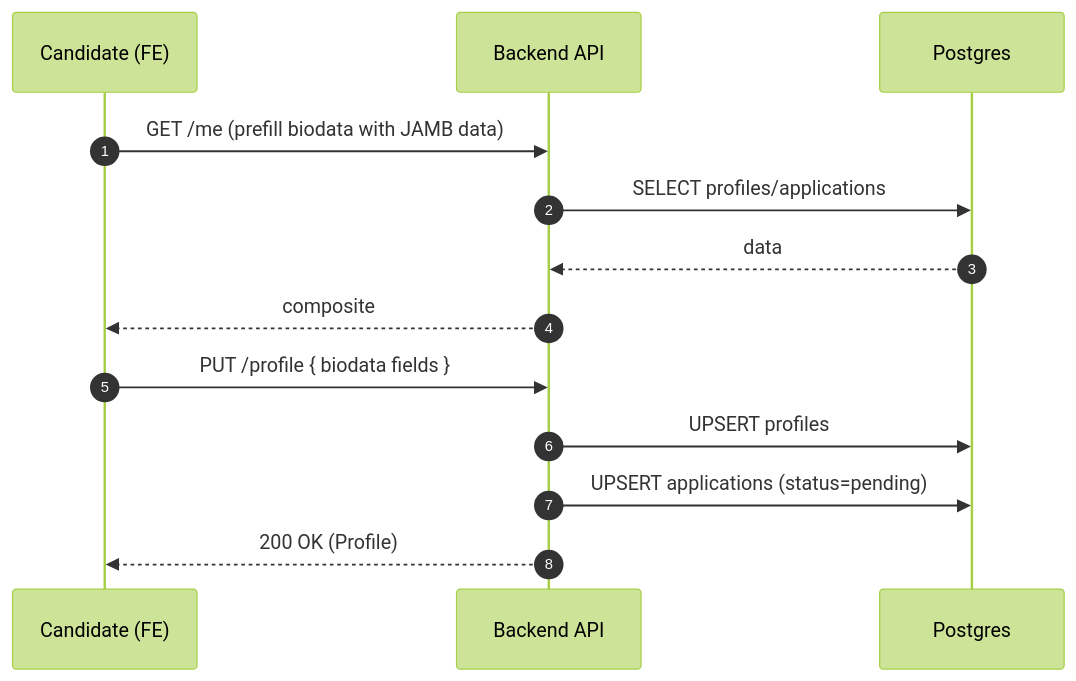
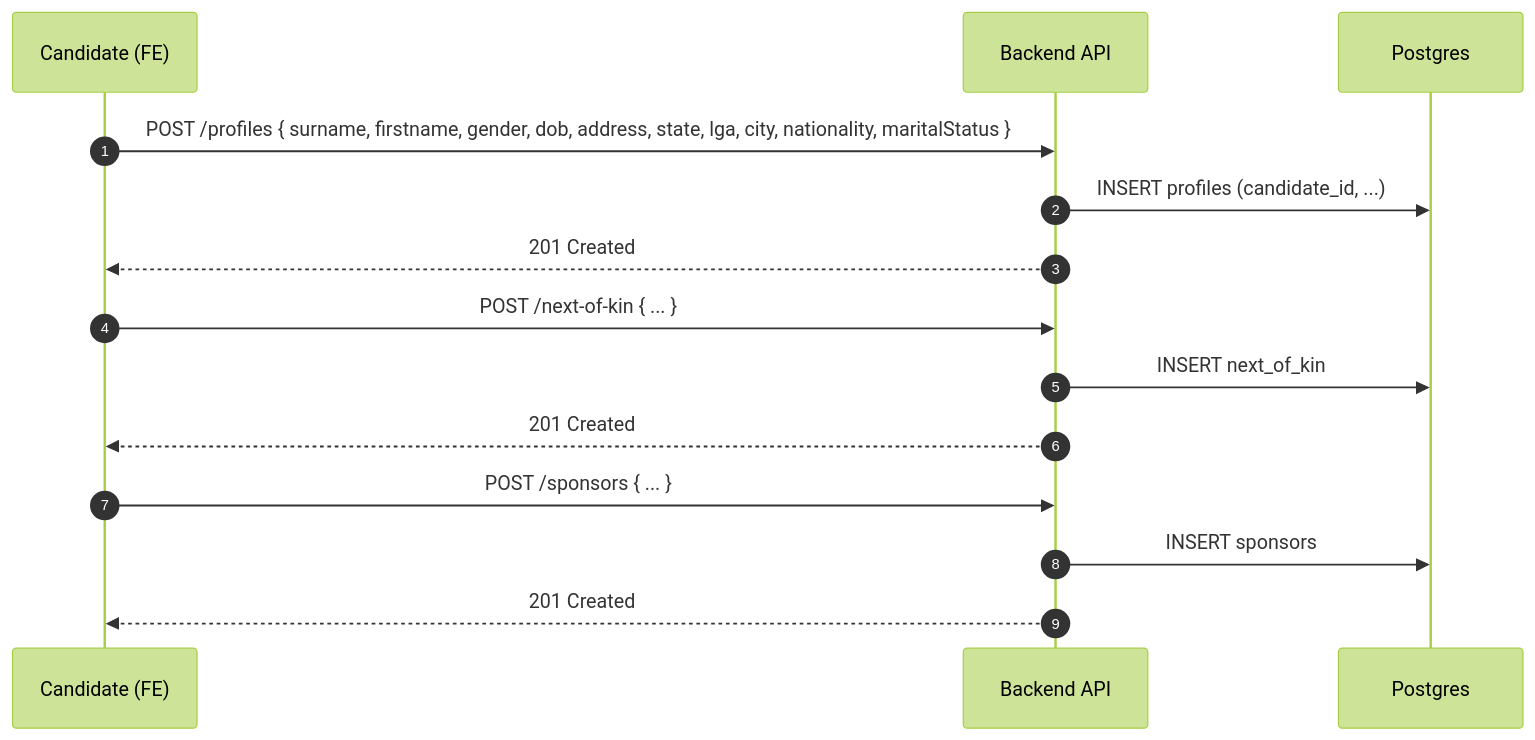
One commit to sbikelly/fuep_api changed the fifth of 20 diagrams in docs/sequence-diagrams.md. Above: the diagram before and after it, drawn with Mermaid (forest theme). The commit also changed other lines of this file and 35 other files, not shown here.

````diff
--- a/docs/sequence-diagrams.md
+++ b/docs/sequence-diagrams.md
@@ -97,17 +98,19 @@
 ```mermaid
 sequenceDiagram
   autonumber
   participant U as Candidate (FE)
   participant API as Backend API
   participant DB as Postgres
 
-  U->>API: GET /me (prefill biodata with JAMB data)
-  API->>DB: SELECT profiles/applications
-  DB-->>API: data
-  API-->>U: composite
+  U->>API: POST /profiles { surname, firstname, gender, dob, address, state, lga, city, nationality, maritalStatus }
+  API->>DB: INSERT profiles (candidate_id, ...)
+  API-->>U: 201 Created
 
-  U->>API: PUT /profile { biodata fields }
-  API->>DB: UPSERT profiles
-  API->>DB: UPSERT applications (status=pending)
-  API-->>U: 200 OK (Profile)
+  U->>API: POST /next-of-kin { ... }
+  API->>DB: INSERT next_of_kin
+  API-->>U: 201 Created
+
+  U->>API: POST /sponsors { ... }
+  API->>DB: INSERT sponsors
+  API-->>U: 201 Created
 ```
````
